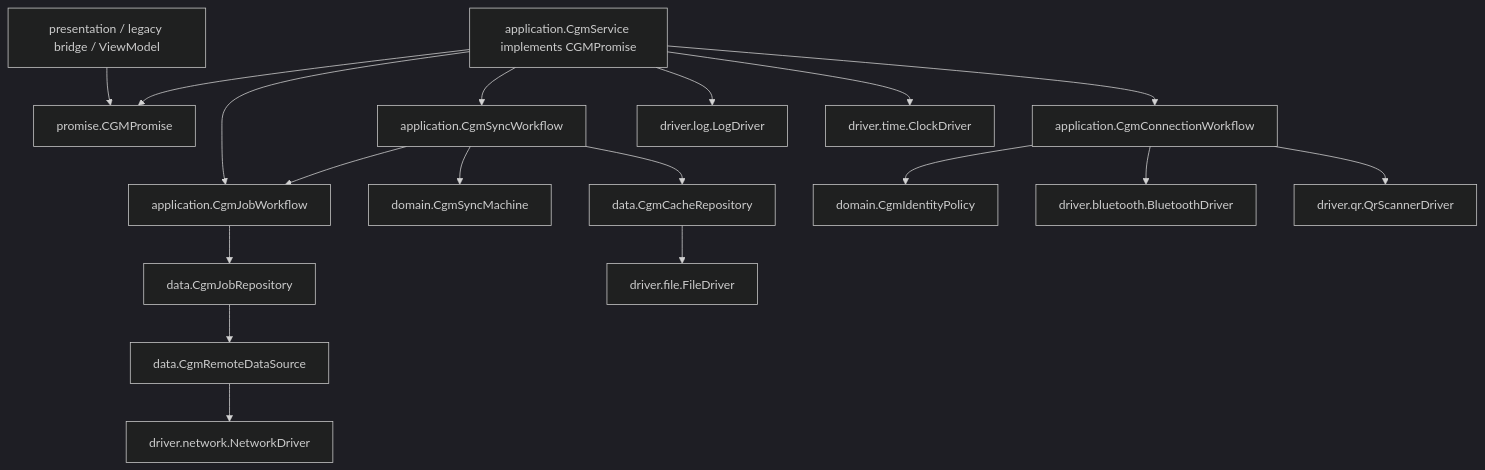
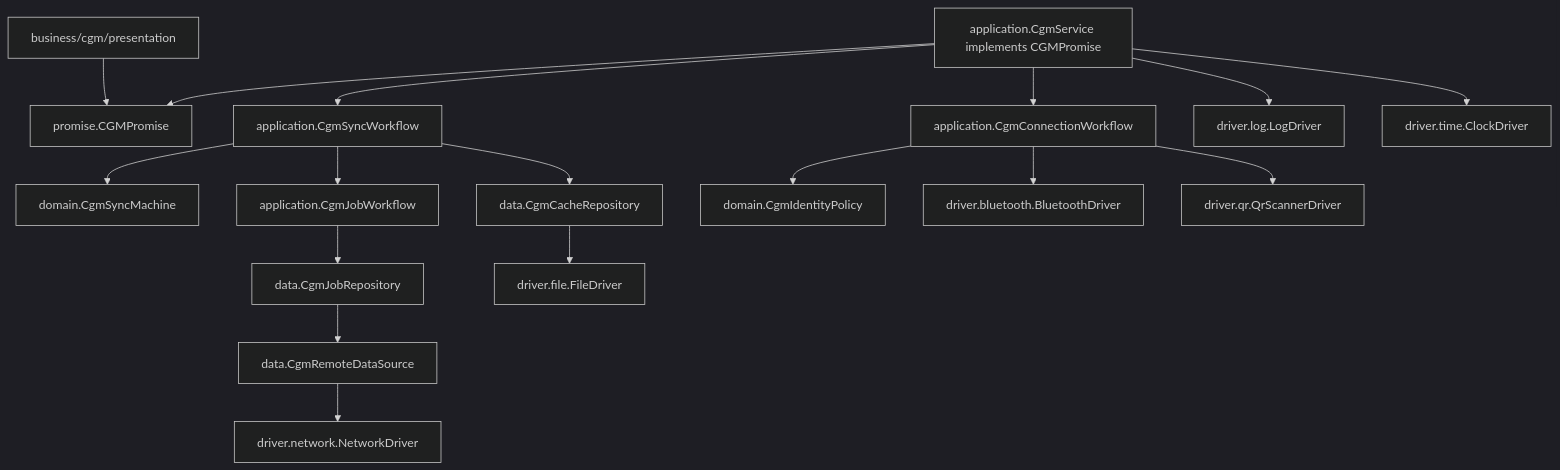
The diagram in docs/superpowers/specs/2026-06-24-migratedev-cgm-backend-design.md (linwuqu/MixTheBluetooth), drawn with Mermaid (dark theme) before and after one commit. The commit also changed other lines of this file, not shown here.

````diff
--- a/docs/superpowers/specs/2026-06-24-migratedev-cgm-backend-design.md
+++ b/docs/superpowers/specs/2026-06-24-migratedev-cgm-backend-design.md
@@ -34,22 +45,22 @@
 ```mermaid
 flowchart TD
-  UI["presentation / legacy bridge / ViewModel"] --> Promise["promise.CGMPromise"]
+  UI["business/cgm/presentation"] --> Promise["promise.CGMPromise"]
   Service["application.CgmService implements CGMPromise"] --> Promise
-  Service --> Sync["application.CgmSyncWorkflow"]
-  Service --> Jobs["application.CgmJobWorkflow"]
-  Service --> Connection["application.CgmConnectionWorkflow"]
+  Service --> SyncWorkflow["application.CgmSyncWorkflow"]
+  Service --> ConnectionWorkflow["application.CgmConnectionWorkflow"]
 
-  Sync --> Machine["domain.CgmSyncMachine"]
-  Sync --> CacheRepo["data.CgmCacheRepository"]
-  Sync --> Jobs
-  Jobs --> JobRepo["data.CgmJobRepository"]
-  Connection --> IdentityPolicy["domain.CgmIdentityPolicy"]
+  SyncWorkflow --> Machine["domain.CgmSyncMachine"]
+  SyncWorkflow --> CacheData["data.CgmCacheRepository"]
+  SyncWorkflow --> JobWorkflow["application.CgmJobWorkflow"]
+  JobWorkflow --> JobData["data.CgmJobRepository"]
 
-  CacheRepo --> FileDriver["driver.file.FileDriver"]
-  JobRepo --> Remote["data.CgmRemoteDataSource"]
+  ConnectionWorkflow --> IdentityPolicy["domain.CgmIdentityPolicy"]
+  ConnectionWorkflow --> BluetoothDriver["driver.bluetooth.BluetoothDriver"]
+  ConnectionWorkflow --> QrDriver["driver.qr.QrScannerDriver"]
+
+  CacheData --> FileDriver["driver.file.FileDriver"]
+  JobData --> Remote["data.CgmRemoteDataSource"]
   Remote --> NetworkDriver["driver.network.NetworkDriver"]
-  Connection --> BluetoothDriver["driver.bluetooth.BluetoothDriver"]
-  Connection --> QrDriver["driver.qr.QrScannerDriver"]
   Service --> LogDriver["driver.log.LogDriver"]
   Service --> ClockDriver["driver.time.ClockDriver"]
 ```
````
